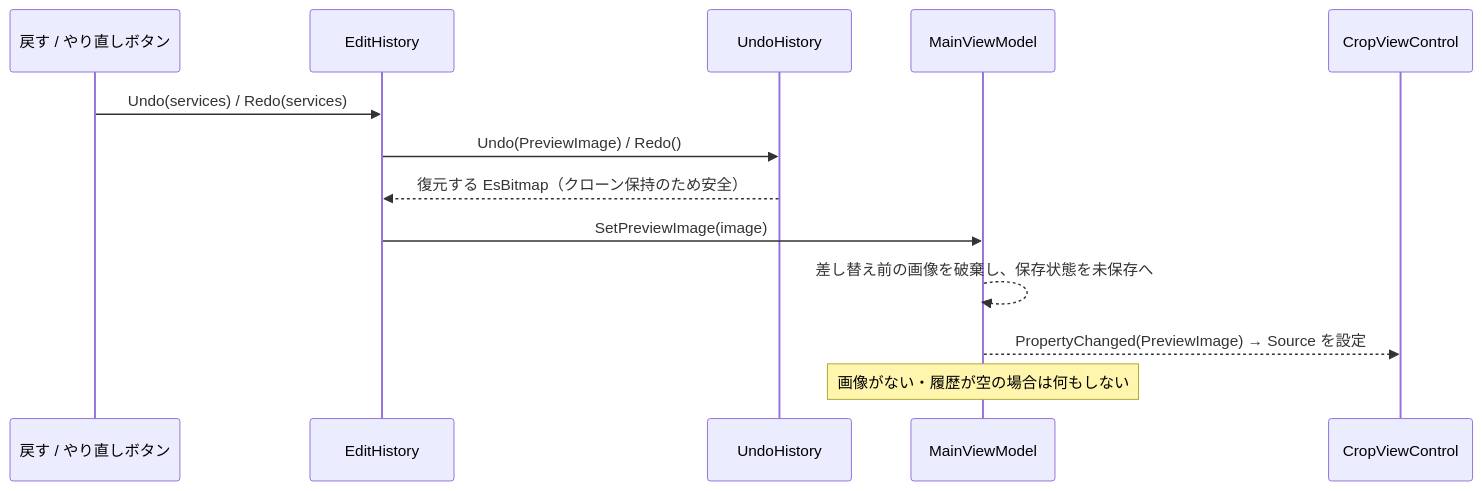
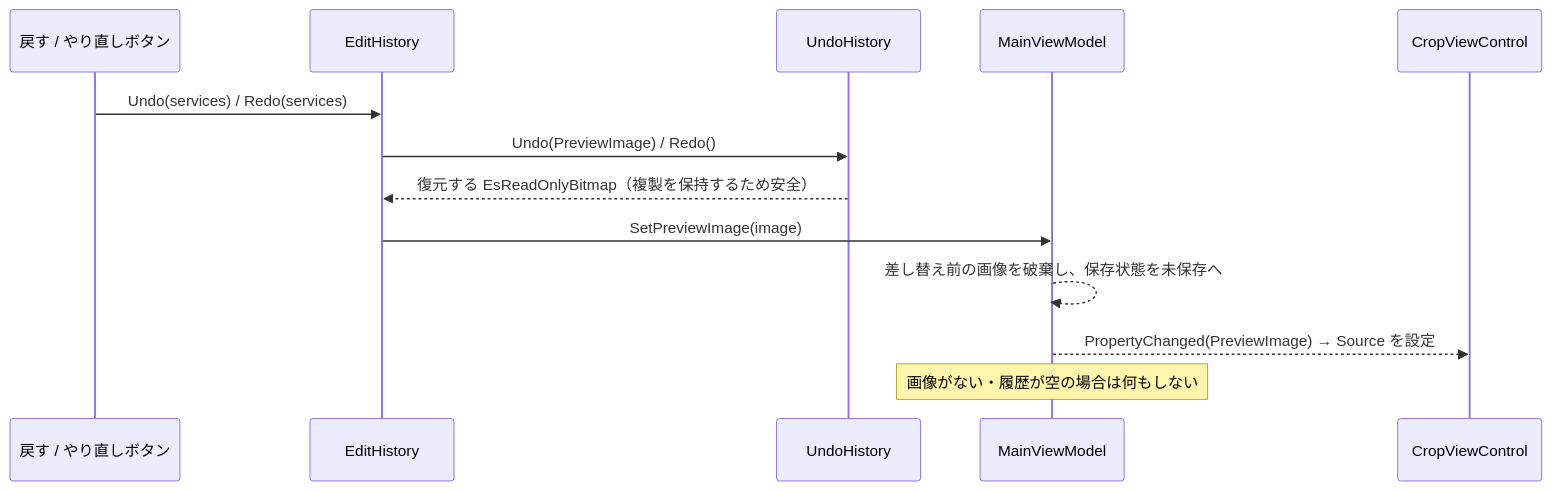
Before and after one commit to tomokuni/SaveEvidence: the seventh of 12 diagrams in src/App.MewUI/docs/SPEC_System.md, drawn with Mermaid. The commit also changed other lines of this file and 21 other files, not shown here.

````diff
--- a/src/App.MewUI/docs/SPEC_System.md
+++ b/src/App.MewUI/docs/SPEC_System.md
@@ -473,16 +473,16 @@
 ```mermaid
 sequenceDiagram
     participant BTN as 戻す / やり直しボタン
     participant EH as EditHistory
     participant US as UndoHistory
     participant VM as MainViewModel
     participant CV as CropViewControl
 
     BTN->>EH: Undo(services) / Redo(services)
     EH->>US: Undo(PreviewImage) / Redo()
-    US-->>EH: 復元する EsBitmap（クローン保持のため安全）
+    US-->>EH: 復元する EsReadOnlyBitmap（複製を保持するため安全）
     EH->>VM: SetPreviewImage(image)
     VM-->>VM: 差し替え前の画像を破棄し、保存状態を未保存へ
     VM-->>CV: PropertyChanged(PreviewImage) → Source を設定
     Note over VM: 画像がない・履歴が空の場合は何もしない
 ```
````
